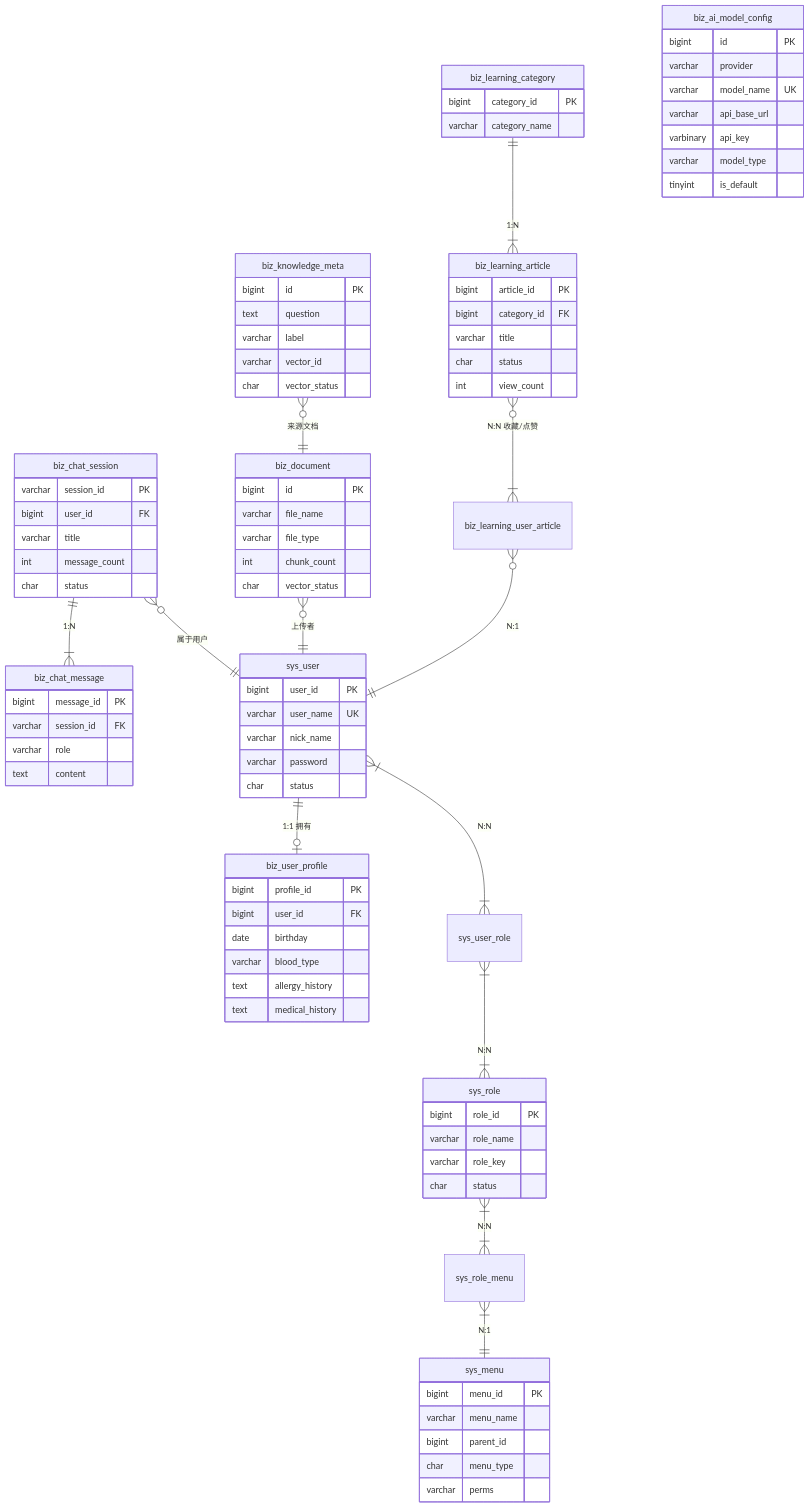
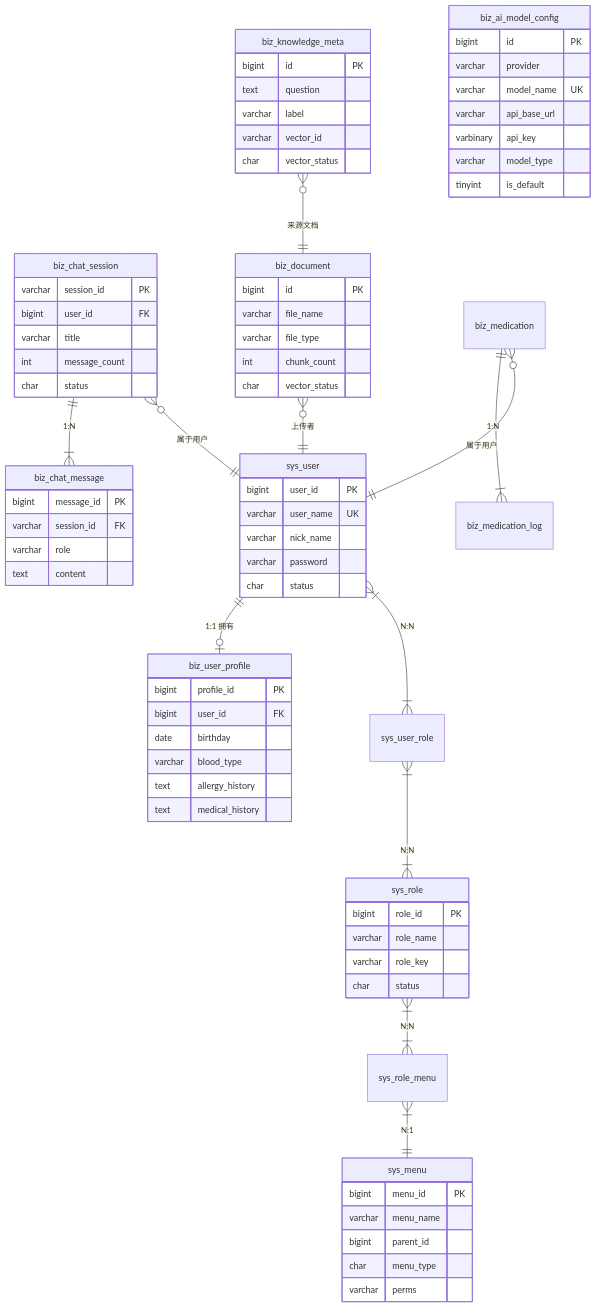
Before and after one commit to qlzhj03/axzl: diagram 20 of 21 in docs/02-系统设计文档.md, drawn with Mermaid. The commit also changed other lines of this file and 13 other files, not shown here.

````diff
--- a/docs/02-系统设计文档.md
+++ b/docs/02-系统设计文档.md
@@ -815,9 +781,8 @@
     biz_knowledge_meta }o--|| biz_document : "来源文档"
     biz_document }o--|| sys_user : "上传者"
 
-    biz_learning_category ||--|{ biz_learning_article : "1:N"
-    biz_learning_article }o--|{ biz_learning_user_article : "N:N 收藏/点赞"
-    biz_learning_user_article }o--|| sys_user : "N:1"
+    biz_medication ||--|{ biz_medication_log : "1:N"
+    biz_medication }o--|| sys_user : "属于用户"
 
     biz_ai_model_config {
         bigint id PK
@@ -891,17 +856,4 @@
         int chunk_count
         char vector_status
     }
-
-    biz_learning_category {
-        bigint category_id PK
-        varchar category_name
-    }
-
-    biz_learning_article {
-        bigint article_id PK
-        bigint category_id FK
-        varchar title
-        char status
-        int view_count
-    }
 ```
````
